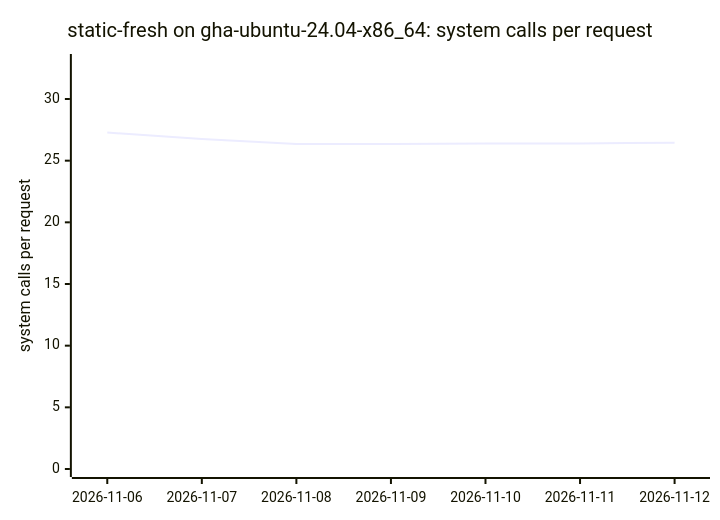
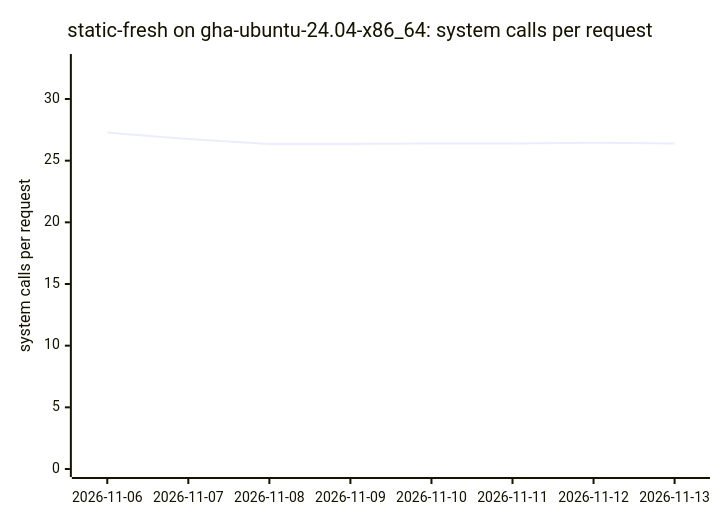
One commit to ThePixelPilgrim/durchlauferhitzer changed diagram 12 of 18 in BENCHMARKS.md. Above: the diagram before and after it, drawn with Mermaid. The commit also changed other lines of this file and 1 other file, not shown here.

````diff
--- a/BENCHMARKS.md
+++ b/BENCHMARKS.md
@@ -138,7 +138,7 @@
 ```mermaid
 xychart-beta
   title "static-fresh on gha-ubuntu-24.04-x86_64: system calls per request"
-  x-axis ["2026-11-06", "2026-11-07", "2026-11-08", "2026-11-09", "2026-11-10", "2026-11-11", "2026-11-12"]
+  x-axis ["2026-11-06", "2026-11-07", "2026-11-08", "2026-11-09", "2026-11-10", "2026-11-11", "2026-11-12", "2026-11-13"]
   y-axis "system calls per request" 0 --> 33
-  line [27.28, 26.75, 26.35, 26.36, 26.40, 26.40, 26.45]
+  line [27.28, 26.75, 26.35, 26.36, 26.40, 26.40, 26.45, 26.40]
 ```
````
